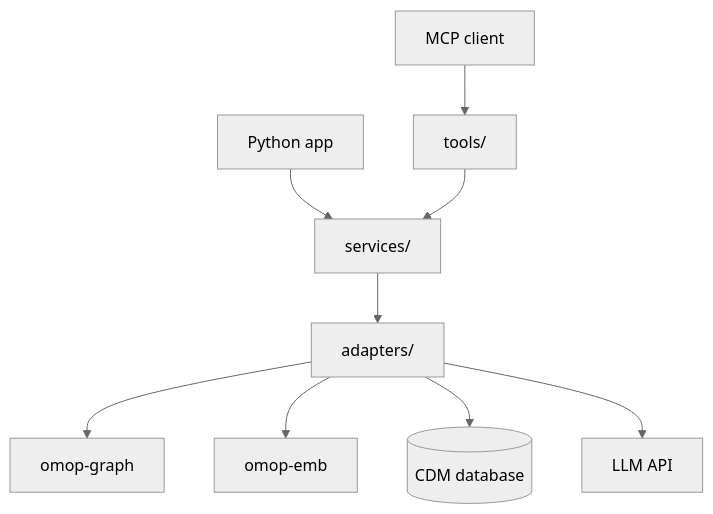
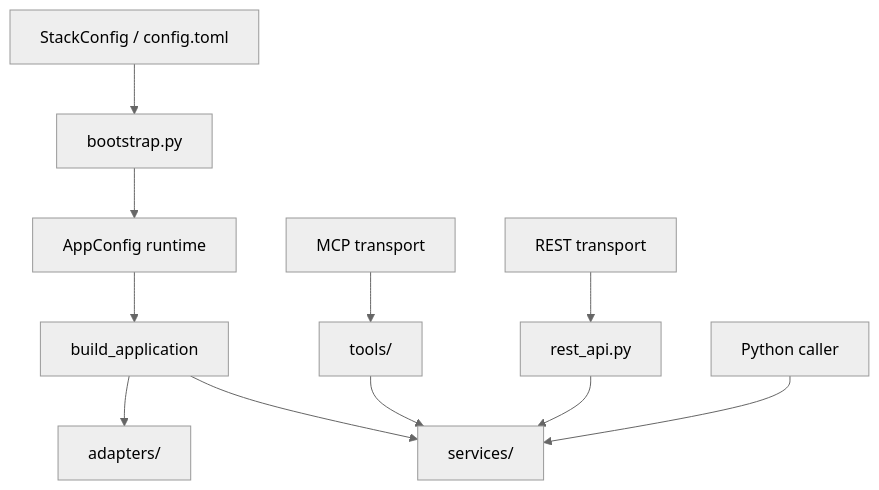
The first of 2 diagrams in docs/architecture.md (AustralianCancerDataNetwork/groundworkers), drawn with Mermaid (neutral theme) before and after one commit. The commit also changed other lines of this file and 42 other files, not shown here.

````diff
--- a/docs/architecture.md
+++ b/docs/architecture.md
@@ -15,11 +9,13 @@
 ```mermaid
 flowchart TD
-    A1[Python app] --> S[services/]
-    A2[MCP client] --> T[tools/]
-    T --> S
-    S --> AD[adapters/]
-    AD --> OG[omop-graph]
-    AD --> OE[omop-emb]
-    AD --> DB[(CDM database)]
-    AD --> LM[LLM API]
+    STACK[StackConfig / config.toml] --> BOOT[bootstrap.py]
+    BOOT --> CFG[AppConfig runtime]
+    CFG --> APP[build_application]
+    APP --> ADP[adapters/]
+    APP --> SVC[services/]
+    MCP[MCP transport] --> TOOLS[tools/]
+    TOOLS --> SVC
+    REST[REST transport] --> API[rest_api.py]
+    API --> SVC
+    PY[Python caller] --> SVC
 ```
````
